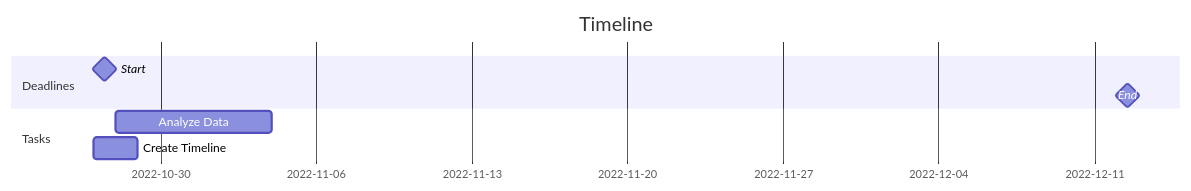
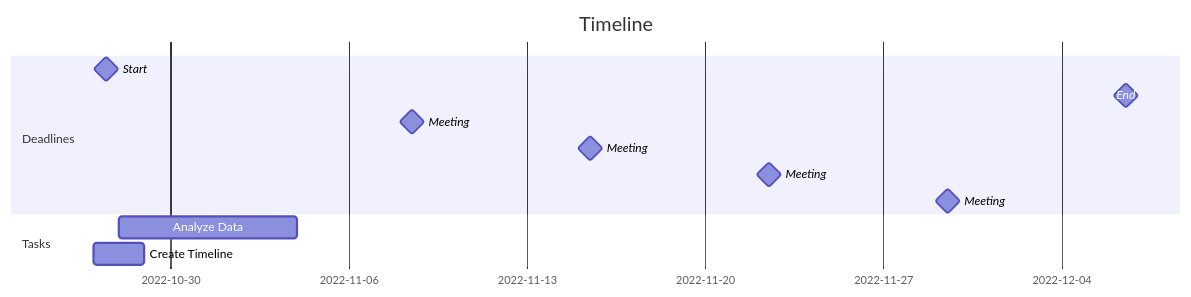
Before and after one commit to pamela-tueam/ws22airbnb: the diagram in README.md, drawn with Mermaid. The commit also changed other lines of this file, not shown here.

````diff
--- a/README.md
+++ b/README.md
@@ -3,11 +1,15 @@
 ```mermaid
 gantt
     title Timeline
     dateFormat  YYYY-MM-DD
     section Deadlines
     Start           :milestone, m1,2022-10-27, 1d
-    End             :milestone, m1,2022-12-12, 1d
+    End             :milestone, m2,2022-12-06, 1d
+    Meeting           :milestone, m2,2022-11-08, 1d
+    Meeting           :milestone, m3,2022-11-15, 1d
+    Meeting           :milestone, m1,2022-11-22, 1d
+    Meeting           :milestone, m1,2022-11-29, 1d
     section Tasks
     Analyze Data :a1,2022-10-28,7d
     Create Timeline :a1,2022-10-27,2d
 ```
````
